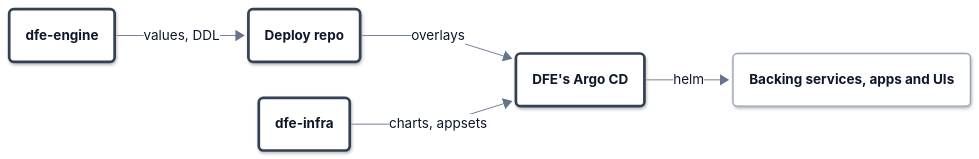
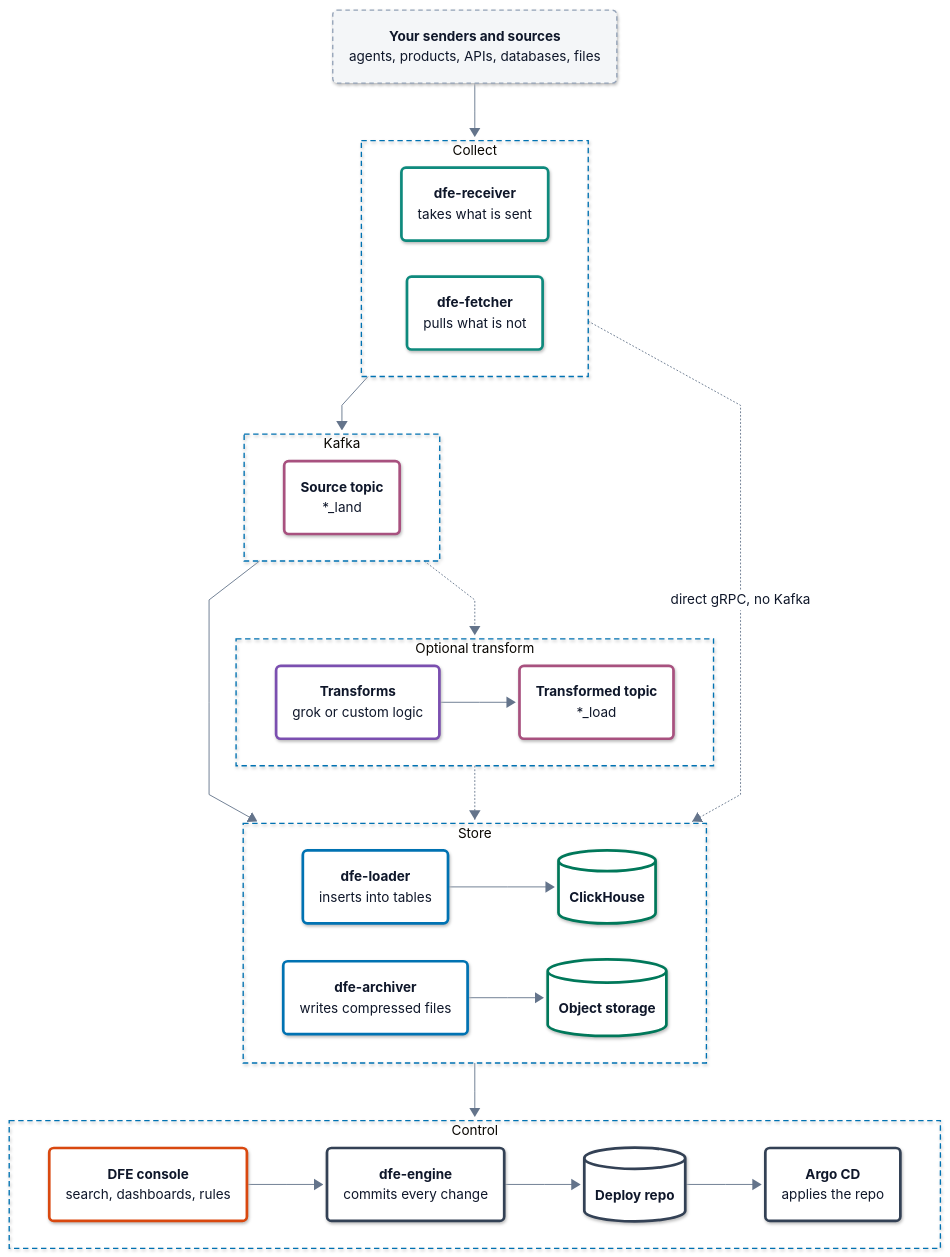
The diagram in docs/architecture.md (hyperi-io/dfe-infra), drawn with Mermaid before and after one commit. The commit also changed other lines of this file and 17 other files, not shown here.

First line of the commit message:
docs(architecture): map suite in architecture.md and fit charts to 860 px (#1152)

````diff
--- a/docs/architecture.md
+++ b/docs/architecture.md
@@ -52,26 +48,58 @@
     .ui .label-icon{color:#D9480F}
     .ext .label-icon{color:#64748B}
 ---
-flowchart LR
-    accTitle: L2 Services -- DFE deployment
-    accDescr: dfe-engine writes compiled values and DDL to the deploy repo. DFE's Argo CD reads the overlays from the deploy repo and the charts and ApplicationSets from dfe-infra, and applies them with Helm to the backing services, the dfe apps and the UIs.
-
-    engine("<b>dfe-engine</b>")
-
-    deployrepo("<b>Deploy repo</b>")
-    infrarepo("<b>dfe-infra</b>")
-
-    argocd("<b>DFE's Argo CD</b>")
-
-    services("<b>Backing services, apps and UIs</b>")
-
-    engine -->|values, DDL| deployrepo
-    deployrepo -->|overlays| argocd
-    infrarepo -->|charts, appsets| argocd
-    argocd -->|helm| services
-
-    class engine,deployrepo,infrarepo,argocd control
-    class services part
+flowchart TB
+  accTitle: L2 Services -- DFE suite
+  accDescr: Your senders and sources feed dfe-receiver and dfe-fetcher, which write a source topic on Kafka. dfe-loader inserts into ClickHouse and dfe-archiver writes files to object storage. An optional transform turns the source topic into a transformed one, and direct gRPC skips Kafka. The DFE console queries ClickHouse and sends every change through dfe-engine, which commits it to the deploy repo that Argo CD applies.
+  S("<b>Your senders and sources</b><br/><span>agents, products, APIs, databases, files</span>")
+  subgraph IN["Collect"]
+    direction LR
+    R("<b>dfe-receiver</b><br/><span>takes what is sent</span>")
+    F("<b>dfe-fetcher</b><br/><span>pulls what is not</span>")
+  end
+  subgraph BUS["Kafka"]
+    K1("<b>Source topic</b><br/><span>*_land</span>")
+  end
+  subgraph XF["Optional transform"]
+    direction LR
+    T("<b>Transforms</b><br/><span>grok or custom logic</span>")
+    K2("<b>Transformed topic</b><br/><span>*_load</span>")
+    T --> K2
+  end
+  subgraph OUT["Store"]
+    direction LR
+    L("<b>dfe-loader</b><br/><span>inserts into tables</span>")
+    C[("<b>ClickHouse</b>")]
+    A("<b>dfe-archiver</b><br/><span>writes compressed files</span>")
+    O[("<b>Object storage</b>")]
+    L --> C
+    A --> O
+  end
+  subgraph CTL["Control"]
+    direction LR
+    H("<b>DFE console</b><br/><span>search, dashboards, rules</span>")
+    E("<b>dfe-engine</b><br/><span>commits every change</span>")
+    D[("<b>Deploy repo</b>")]
+    G("<b>Argo CD</b><br/><span>applies the repo</span>")
+    H --> E
+    E --> D
+    D --> G
+  end
+  S --> IN
+  IN --> BUS
+  BUS --> OUT
+  BUS -.-> XF
+  XF -.-> OUT
+  IN -.->|direct gRPC, no Kafka| OUT
+  OUT --> CTL
+  class S ext
+  class R,F ingest
+  class K1,K2 bus
+  class T xform
+  class L,A load
+  class C,O store
+  class H ui
+  class E,D,G control
   classDef ext fill:#F4F6F8,stroke:#94A3B8,stroke-width:1.5px,stroke-dasharray:5 4,color:#0F172A
   classDef ingest fill:#FFFFFF,stroke:#0E8A7D,stroke-width:3px,color:#0F172A
   classDef xform fill:#FFFFFF,stroke:#7B4FB0,stroke-width:3px,color:#0F172A
@@ -83,4 +111,9 @@
   classDef error fill:#FFFFFF,stroke:#C2410C,stroke-width:3px,color:#0F172A
   classDef control fill:#FFFFFF,stroke:#334155,stroke-width:3px,color:#0F172A
   classDef part fill:#FFFFFF,stroke:#94A3B8,stroke-width:1.5px,color:#0F172A
+  style IN fill:none,stroke:#0072B2,stroke-width:1.5px,stroke-dasharray:6 4
+  style BUS fill:none,stroke:#0072B2,stroke-width:1.5px,stroke-dasharray:6 4
+  style XF fill:none,stroke:#0072B2,stroke-width:1.5px,stroke-dasharray:6 4
+  style OUT fill:none,stroke:#0072B2,stroke-width:1.5px,stroke-dasharray:6 4
+  style CTL fill:none,stroke:#0072B2,stroke-width:1.5px,stroke-dasharray:6 4
 ```
````
